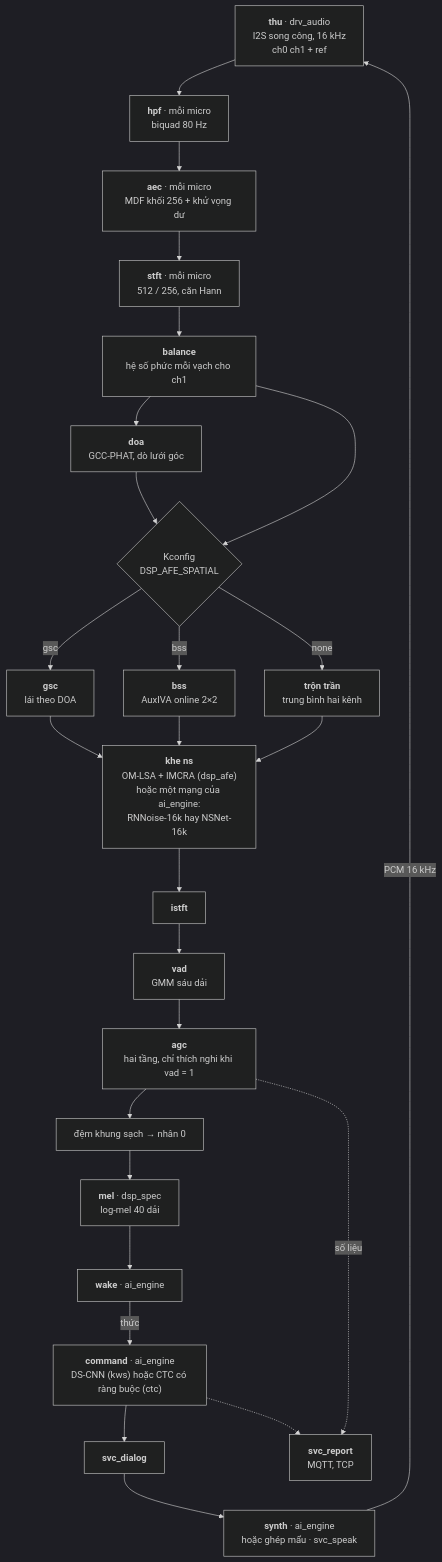
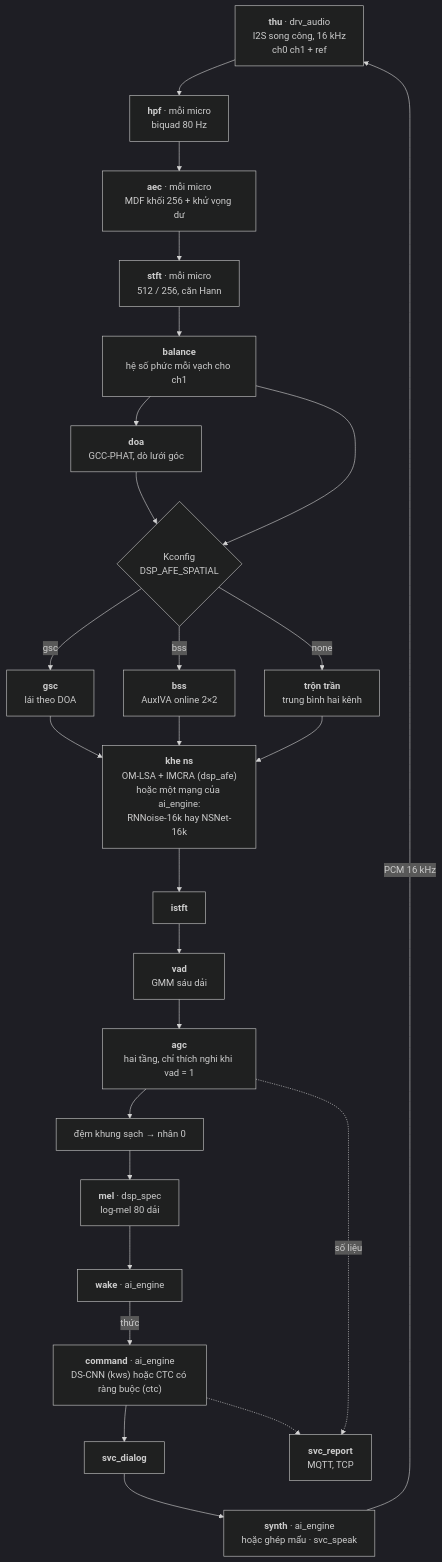
One commit to dovanviet04112004/esp-sr changed the diagram in docs/KE_HOACH_esp_sr_esp32s3.md. Above: the diagram before and after it, drawn with Mermaid (dark theme). The commit also changed other lines of this file and 1 other file, not shown here.

First line of the commit message:
docs(plan): move every branch to log-mel 80, let the user's board sessions train

````diff
--- a/docs/KE_HOACH_esp_sr_esp32s3.md
+++ b/docs/KE_HOACH_esp_sr_esp32s3.md
@@ -394,28 +395,28 @@
 ```mermaid
 flowchart TB
     A["<b>thu</b> · drv_audio<br/>I2S song công, 16 kHz<br/>ch0 ch1 + ref"] --> B
     B["<b>hpf</b> · mỗi micro<br/>biquad 80 Hz"] --> C
     C["<b>aec</b> · mỗi micro<br/>MDF khối 256 + khử vọng dư"] --> D
     D["<b>stft</b> · mỗi micro<br/>512 / 256, căn Hann"] --> E
     E["<b>balance</b><br/>hệ số phức mỗi vạch cho ch1"] --> F
     F["<b>doa</b><br/>GCC-PHAT, dò lưới góc"] --> G
     E --> G
     G{"Kconfig<br/>DSP_AFE_SPATIAL"} -->|"gsc"| H1["<b>gsc</b><br/>lái theo DOA"]
     G -->|"bss"| H2["<b>bss</b><br/>AuxIVA online 2×2"]
     G -->|"none"| H3["<b>trộn trần</b><br/>trung bình hai kênh"]
     H1 --> I
     H2 --> I
     H3 --> I
     I["<b>khe ns</b><br/>OM-LSA + IMCRA (dsp_afe)<br/>hoặc một mạng của ai_engine:<br/>RNNoise-16k hay NSNet-16k"] --> J
     J["<b>istft</b>"] --> K
     K["<b>vad</b><br/>GMM sáu dải"] --> L
     L["<b>agc</b><br/>hai tầng, chỉ thích nghi khi vad = 1"] --> M
     M["đệm khung sạch → nhân 0"] --> N
-    N["<b>mel</b> · dsp_spec<br/>log-mel 40 dải"] --> O
+    N["<b>mel</b> · dsp_spec<br/>log-mel 80 dải"] --> O
     O["<b>wake</b> · ai_engine"] -->|"thức"| P
     P["<b>command</b> · ai_engine<br/>DS-CNN (kws) hoặc CTC có ràng buộc (ctc)"] --> Q
     Q["<b>svc_dialog</b>"] --> R
     R["<b>synth</b> · ai_engine<br/>hoặc ghép mẩu · svc_speak"] -->|"PCM 16 kHz"| A
     L -.->|"số liệu"| S["<b>svc_report</b><br/>MQTT, TCP"]
     P -.-> S
 ```
````
